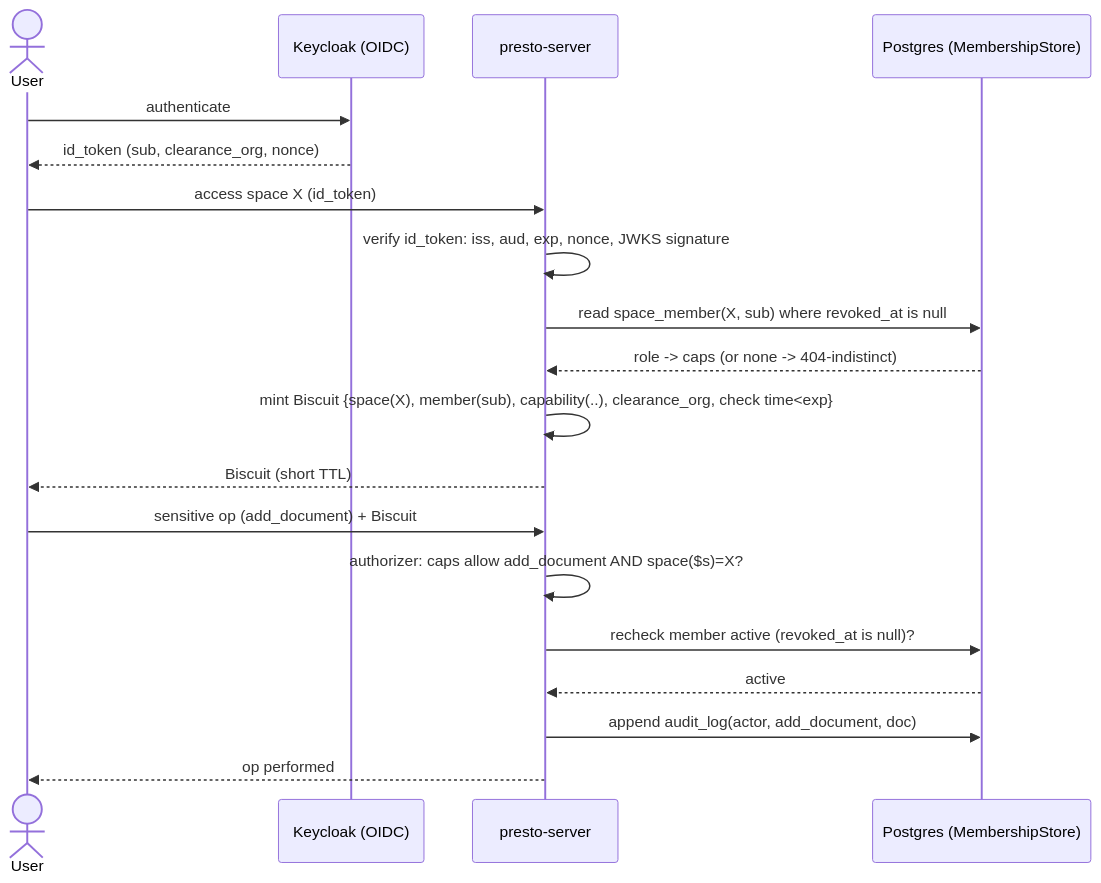
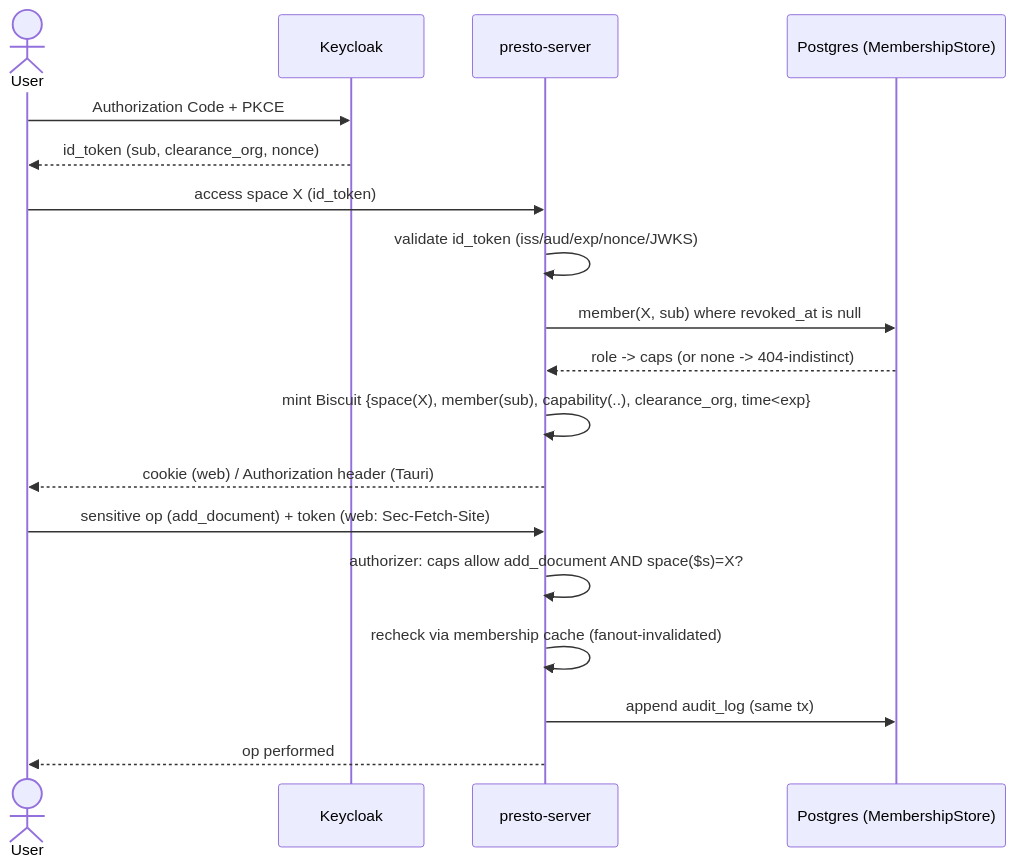
The diagram in docs/specs/2026-06-28-collaborative-spaces-authz-design.md (constantin-jais/Presto-Matic), drawn with Mermaid before and after one commit. The commit also changed other lines of this file, not shown here.

````diff
--- a/docs/specs/2026-06-28-collaborative-spaces-authz-design.md
+++ b/docs/specs/2026-06-28-collaborative-spaces-authz-design.md
@@ -171,21 +138,20 @@
 ```mermaid
 sequenceDiagram
     actor U as User
-    participant KC as Keycloak (OIDC)
+    participant KC as Keycloak
     participant S as presto-server
     participant DB as Postgres (MembershipStore)
-    U->>KC: authenticate
+    U->>KC: Authorization Code + PKCE
     KC-->>U: id_token (sub, clearance_org, nonce)
     U->>S: access space X (id_token)
-    S->>S: verify id_token: iss, aud, exp, nonce, JWKS signature
-    S->>DB: read space_member(X, sub) where revoked_at is null
+    S->>S: validate id_token (iss/aud/exp/nonce/JWKS)
+    S->>DB: member(X, sub) where revoked_at is null
     DB-->>S: role -> caps  (or none -> 404-indistinct)
-    S->>S: mint Biscuit {space(X), member(sub), capability(..), clearance_org, check time<exp}
-    S-->>U: Biscuit (short TTL)
-    U->>S: sensitive op (add_document) + Biscuit
+    S->>S: mint Biscuit {space(X), member(sub), capability(..), clearance_org, time<exp}
+    S-->>U: cookie (web) / Authorization header (Tauri)
+    U->>S: sensitive op (add_document) + token  (web: Sec-Fetch-Site)
     S->>S: authorizer: caps allow add_document AND space($s)=X?
-    S->>DB: recheck member active (revoked_at is null)?
-    DB-->>S: active
-    S->>DB: append audit_log(actor, add_document, doc)
+    S->>S: recheck via membership cache (fanout-invalidated)
+    S->>DB: append audit_log (same tx)
     S-->>U: op performed
 ```
````
